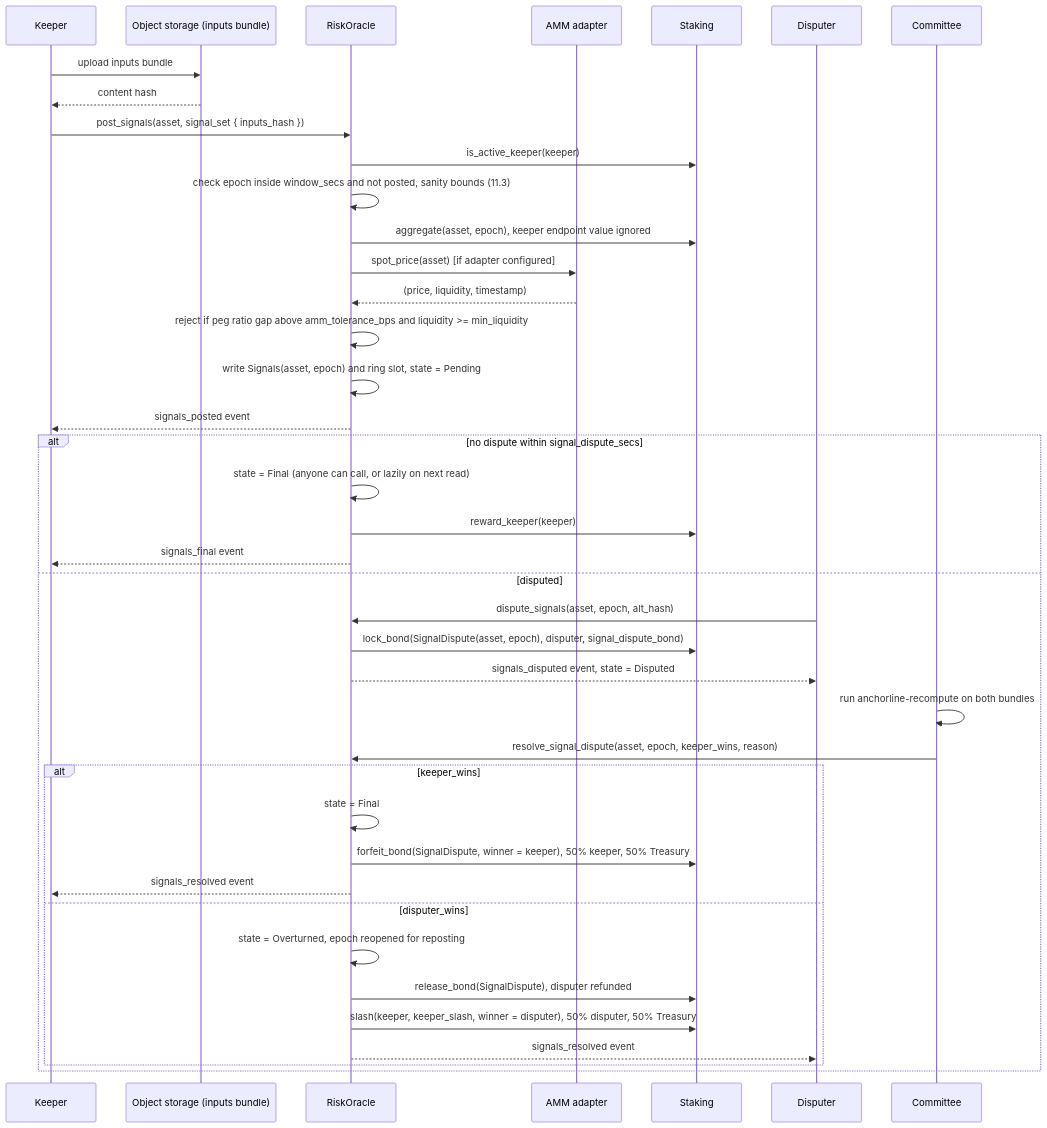
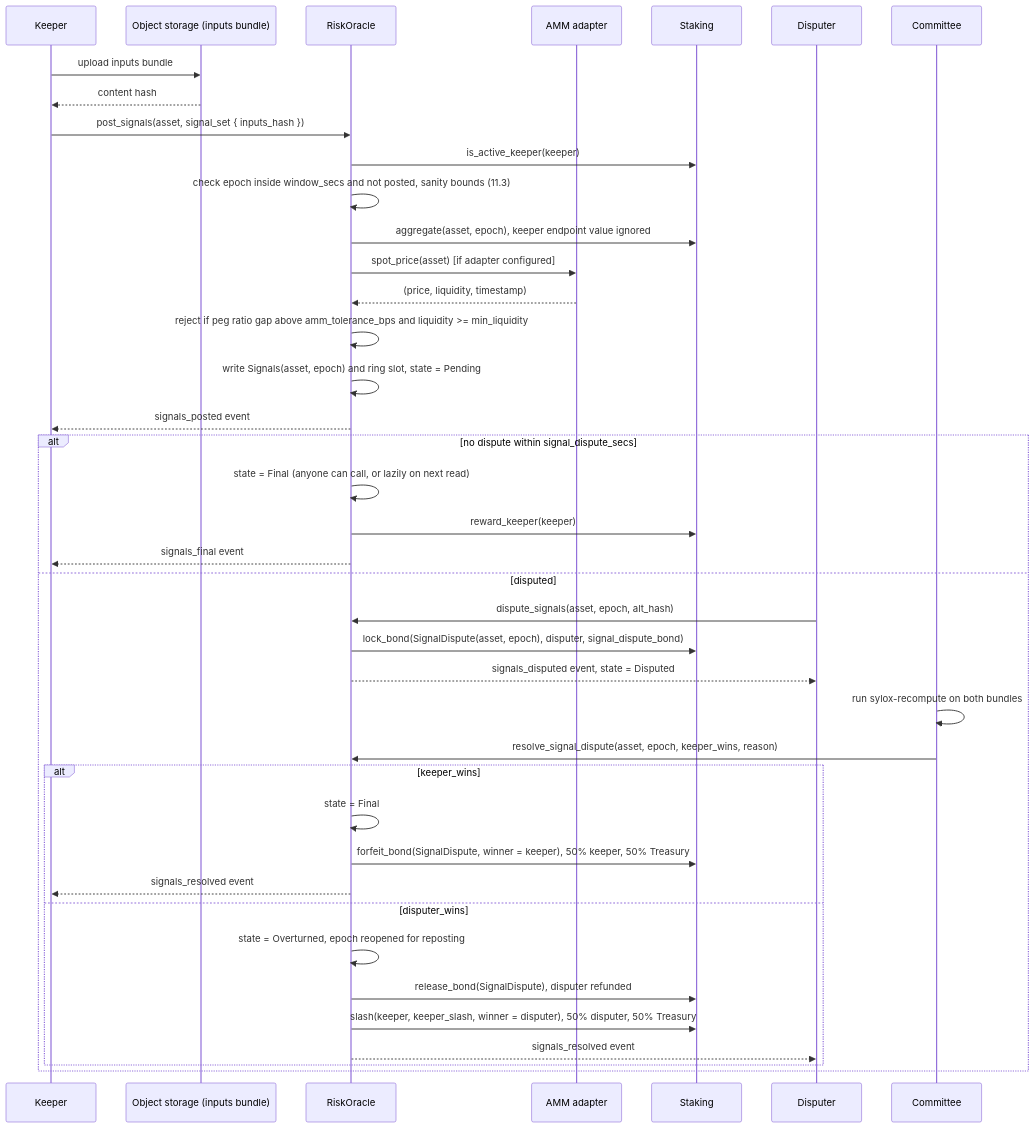
Before and after one commit to Sylox-labs/sylox: the fourth of 14 diagrams in technical-doc.md, drawn with Mermaid. The commit also changed other lines of this file and 17 other files, not shown here.

````diff
--- a/technical-doc.md
+++ b/technical-doc.md
@@ -600,44 +600,44 @@
 ```mermaid
 sequenceDiagram
   participant Keeper
   participant Store as Object storage (inputs bundle)
   participant Oracle as RiskOracle
   participant AMM as AMM adapter
   participant Staking
   participant Disputer
   participant Committee
 
   Keeper->>Store: upload inputs bundle
   Store-->>Keeper: content hash
   Keeper->>Oracle: post_signals(asset, signal_set { inputs_hash })
   Oracle->>Staking: is_active_keeper(keeper)
   Oracle->>Oracle: check epoch inside window_secs and not posted, sanity bounds (11.3)
   Oracle->>Staking: aggregate(asset, epoch), keeper endpoint value ignored
   Oracle->>AMM: spot_price(asset) [if adapter configured]
   AMM-->>Oracle: (price, liquidity, timestamp)
   Oracle->>Oracle: reject if peg ratio gap above amm_tolerance_bps and liquidity >= min_liquidity
   Oracle->>Oracle: write Signals(asset, epoch) and ring slot, state = Pending
   Oracle-->>Keeper: signals_posted event
 
   alt no dispute within signal_dispute_secs
     Oracle->>Oracle: state = Final (anyone can call, or lazily on next read)
     Oracle->>Staking: reward_keeper(keeper)
     Oracle-->>Keeper: signals_final event
   else disputed
     Disputer->>Oracle: dispute_signals(asset, epoch, alt_hash)
     Oracle->>Staking: lock_bond(SignalDispute(asset, epoch), disputer, signal_dispute_bond)
     Oracle-->>Disputer: signals_disputed event, state = Disputed
-    Committee->>Committee: run anchorline-recompute on both bundles
+    Committee->>Committee: run sylox-recompute on both bundles
     Committee->>Oracle: resolve_signal_dispute(asset, epoch, keeper_wins, reason)
     alt keeper_wins
       Oracle->>Oracle: state = Final
       Oracle->>Staking: forfeit_bond(SignalDispute, winner = keeper), 50% keeper, 50% Treasury
       Oracle-->>Keeper: signals_resolved event
     else disputer_wins
       Oracle->>Oracle: state = Overturned, epoch reopened for reposting
       Oracle->>Staking: release_bond(SignalDispute), disputer refunded
       Oracle->>Staking: slash(keeper, keeper_slash, winner = disputer), 50% disputer, 50% Treasury
       Oracle-->>Disputer: signals_resolved event
     end
   end
 ```
````
